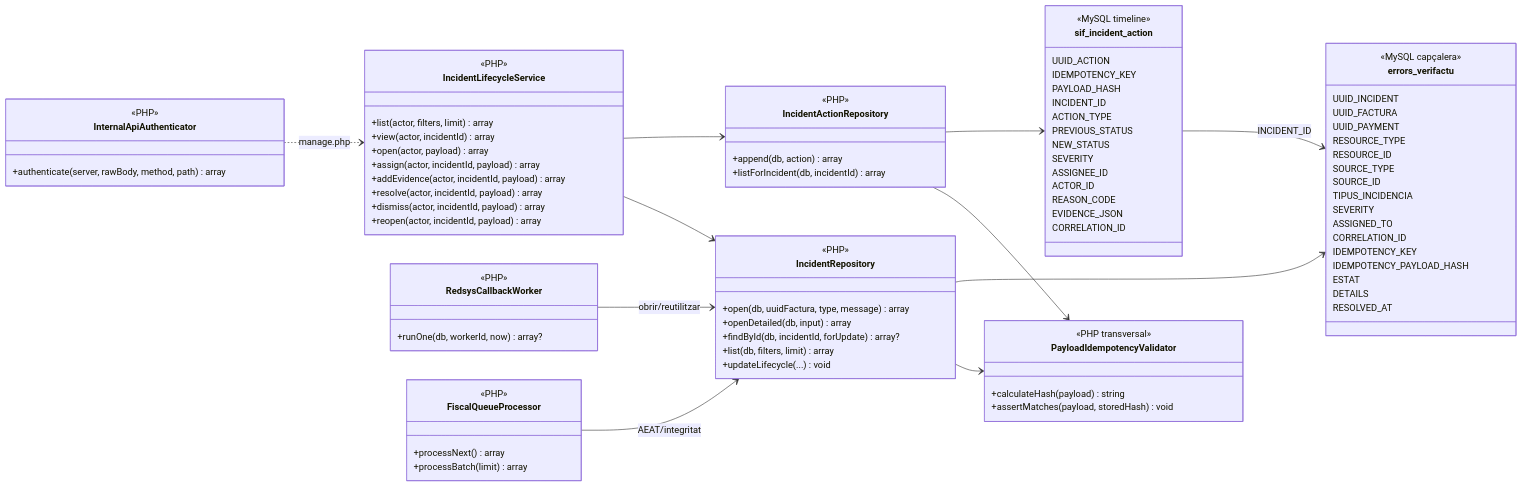
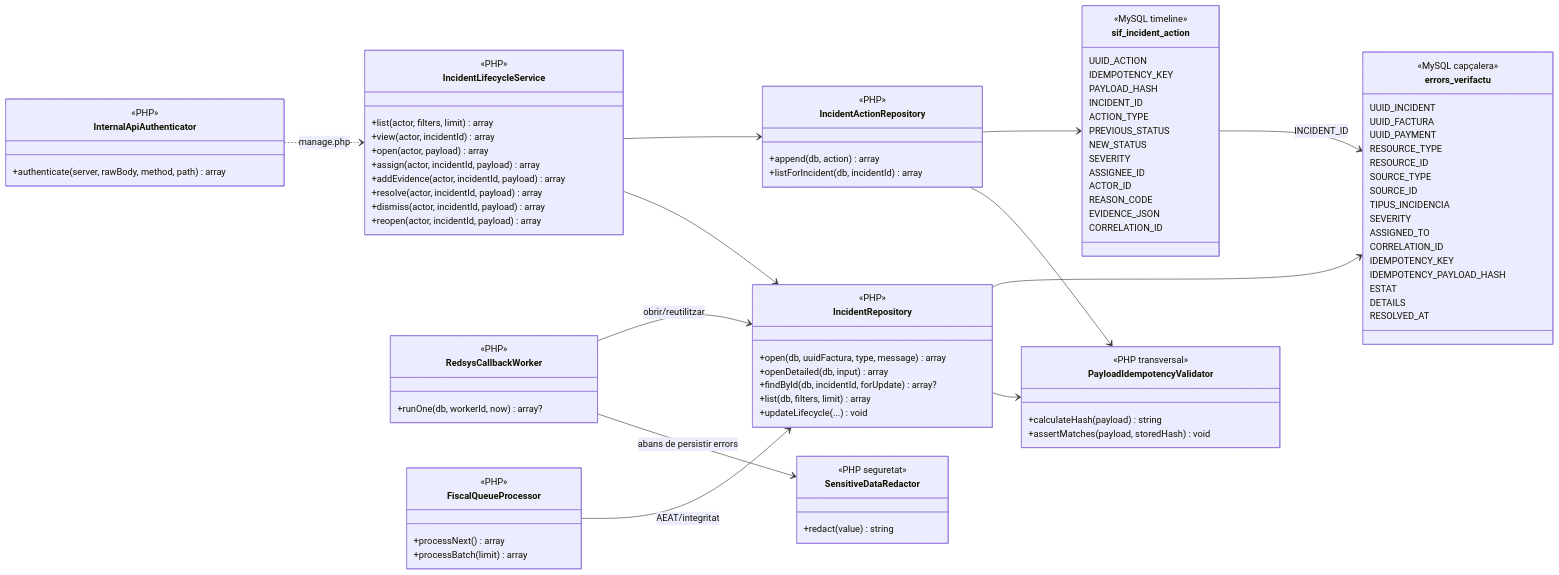
One commit to orgmeriemprismacat-del/verifactu changed the first of 2 diagrams in documentacio/07-uml-integrat/uc-008-classes-actual-final.md. Above: the diagram before and after it, drawn with Mermaid. The commit also changed other lines of this file, not shown here.

Commit message:
docs(uc-008): reflectir concurrencia i redaccio al diagrama de classes

```diff
--- a/documentacio/07-uml-integrat/uc-008-classes-actual-final.md
+++ b/documentacio/07-uml-integrat/uc-008-classes-actual-final.md
@@ -43,6 +43,11 @@
   <<PHP transversal>>
   +calculateHash(payload) string
   +assertMatches(payload, storedHash) void
+}
+
+class SensitiveDataRedactor {
+  <<PHP seguretat>>
+  +redact(value) string
 }
 
 class InternalApiAuthenticator {
@@ -102,6 +107,7 @@
 IncidentLifecycleService --> IncidentActionRepository
 IncidentRepository --> PayloadIdempotencyValidator
 IncidentActionRepository --> PayloadIdempotencyValidator
+RedsysCallbackWorker --> SensitiveDataRedactor : abans de persistir errors
 IncidentRepository --> errors_verifactu
 IncidentActionRepository --> sif_incident_action
 sif_incident_action --> errors_verifactu : INCIDENT_ID
```
